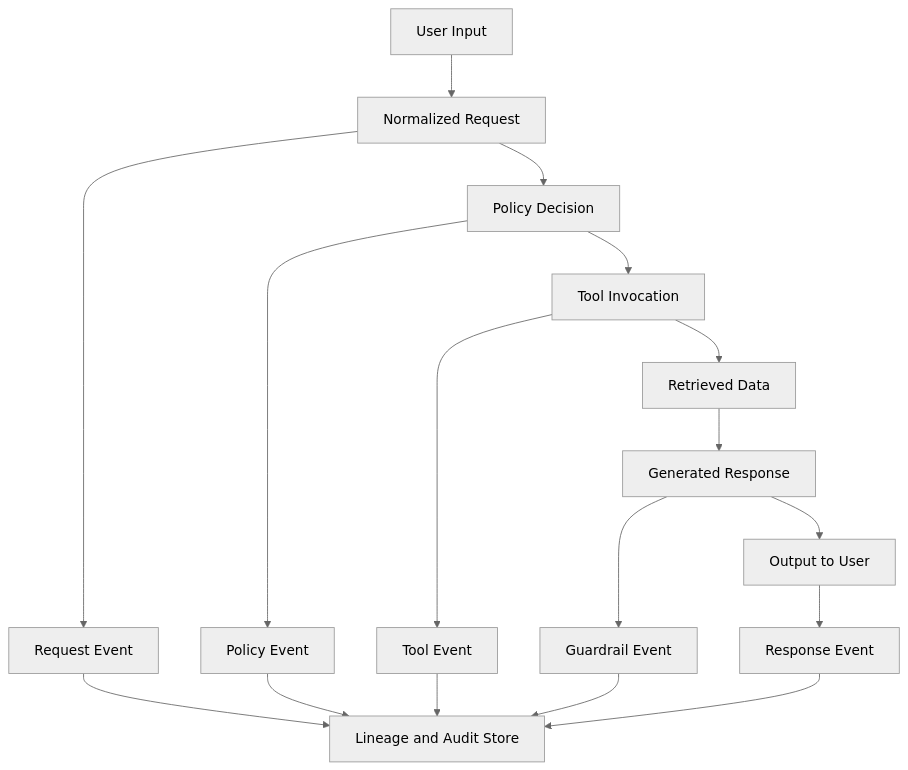
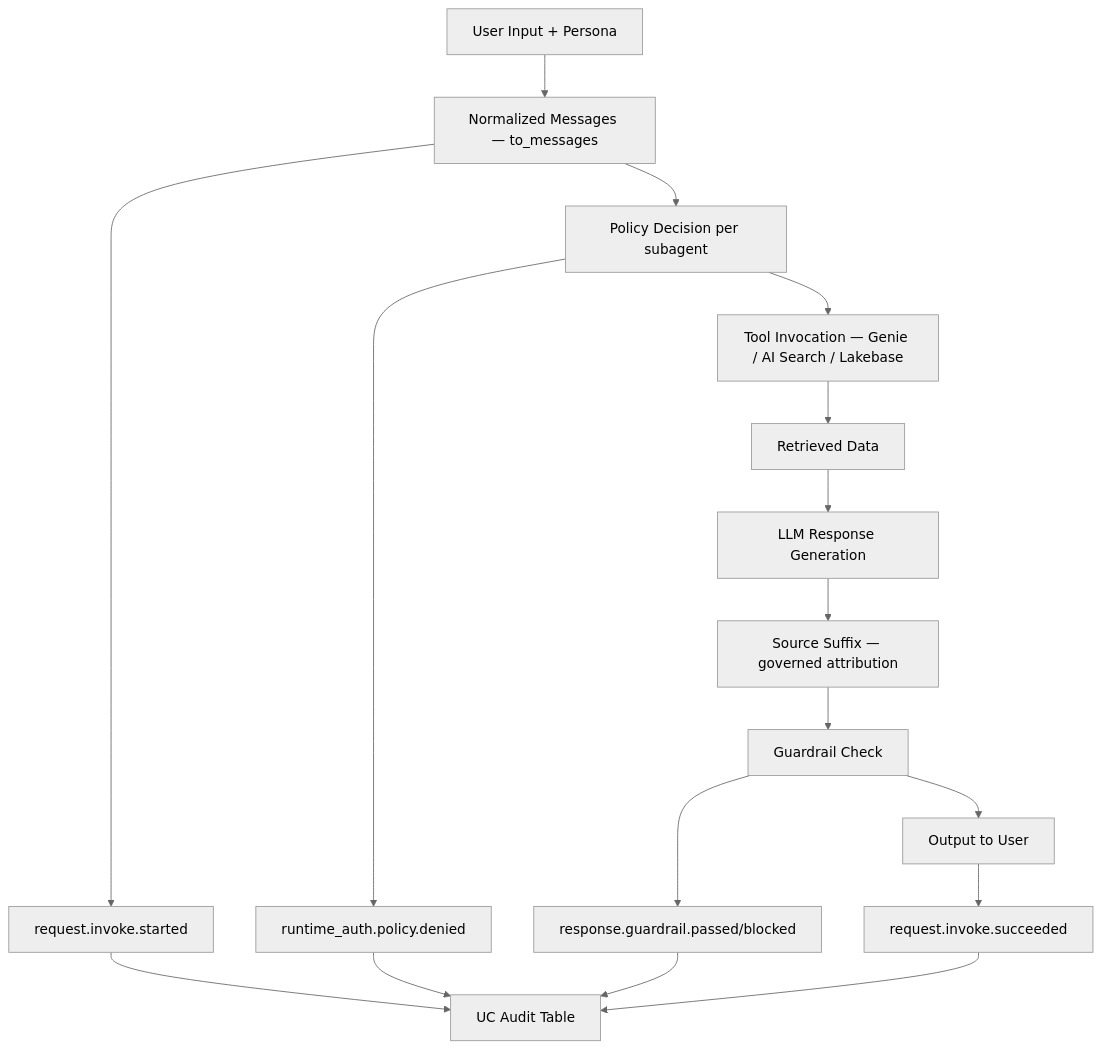
Before and after one commit to wchen-dea/Governed-Multi-Agent-Intelligence-on-Databricks: the third of 4 diagrams in docs/architecture/design-artifacts/03-logical-high-level.md, drawn with Mermaid (neutral theme). The commit also changed other lines of this file and 51 other files, not shown here.

````diff
--- a/docs/architecture/design-artifacts/03-logical-high-level.md
+++ b/docs/architecture/design-artifacts/03-logical-high-level.md
@@ -51,20 +62,20 @@
 ```mermaid
 flowchart TD
-    I[User Input] --> N[Normalized Request]
-    N --> P[Policy Decision]
-    P --> T[Tool Invocation]
+    I[User Input + Persona] --> N[Normalized Messages — to_messages]
+    N --> P[Policy Decision per subagent]
+    P --> T[Tool Invocation — Genie / AI Search / Lakebase]
     T --> R[Retrieved Data]
-    R --> G[Generated Response]
-    G --> O[Output to User]
+    R --> G[LLM Response Generation]
+    G --> SRC[Source Suffix — governed attribution]
+    SRC --> GR[Guardrail Check]
+    GR --> O[Output to User]
 
-    N --> E1[Request Event]
-    P --> E2[Policy Event]
-    T --> E3[Tool Event]
-    G --> E4[Guardrail Event]
-    O --> E5[Response Event]
-    E1 --> L[Lineage and Audit Store]
+    N --> E1[request.invoke.started]
+    P --> E2[runtime_auth.policy.denied]
+    GR --> E3[response.guardrail.passed/blocked]
+    O --> E4[request.invoke.succeeded]
+    E1 --> L[UC Audit Table]
     E2 --> L
     E3 --> L
     E4 --> L
-    E5 --> L
 ```
````
